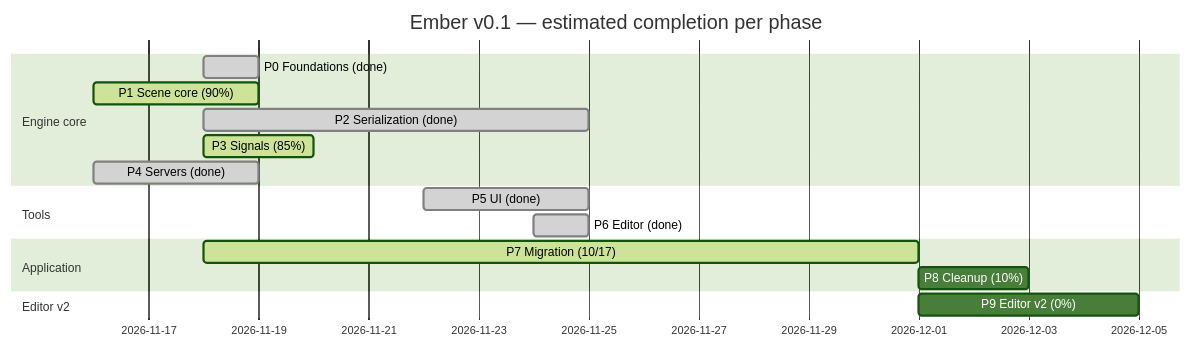
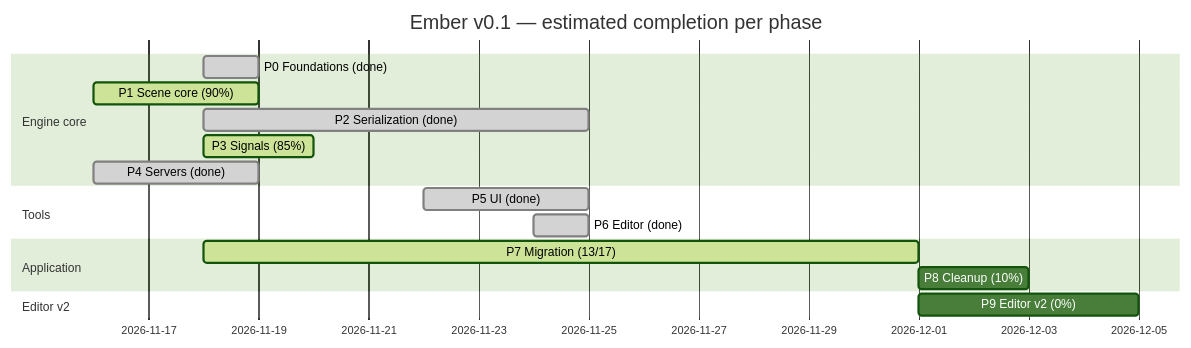
One commit to titouanthd/ember changed the diagram in ember-vault/60 Progress/Roadmap Tracker.md. Above: the diagram before and after it, drawn with Mermaid (forest theme). The commit also changed other lines of this file and 7 other files, not shown here.

````diff
--- a/ember-vault/60 Progress/Roadmap Tracker.md
+++ b/ember-vault/60 Progress/Roadmap Tracker.md
@@ -11,19 +11,19 @@
 ```mermaid
 gantt
   dateFormat YYYY-MM-DD
   title Ember v0.1 — estimated completion per phase
   section Engine core
   P0 Foundations (done)  :done, p0, 2026-11-18, 1d
   P1 Scene core (90%)    :active, p1, 2026-11-16, 3d
   P2 Serialization (done):done, p2, 2026-11-18, 7d
   P3 Signals (85%)       :active, p3, 2026-11-18, 2d
   P4 Servers (done)      :done, p4, 2026-11-16, 3d
   section Tools
   P5 UI (done)           :done, p5, 2026-11-22, 3d
   P6 Editor (done)       :done, p6, 2026-11-24, 1d
   section Application
-  P7 Migration (10/17)    :active, p7, 2026-11-18, 13d
+  P7 Migration (13/17)    :active, p7, 2026-11-18, 13d
   P8 Cleanup (10%)       :p8, after p7, 2d
   section Editor v2
   P9 Editor v2 (0%)      :p9, after p7, 4d
 ```
````
